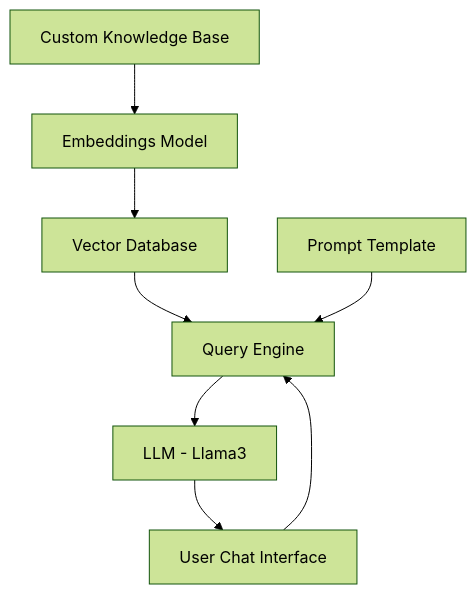
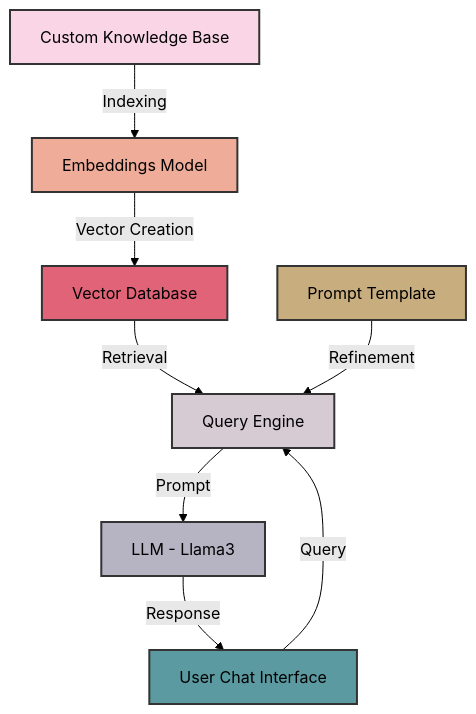
One commit to naimkatiman/RAG-using-Llama-3.1-WebUi-on-Streamlit changed the diagram in README.md. Above: the diagram before and after it, drawn with Mermaid (forest theme). The commit also changed other lines of this file, not shown here.

````diff
--- a/README.md
+++ b/README.md
@@ -7,10 +28,17 @@
 ```mermaid
 graph TD
-    A[Custom Knowledge Base] --> B[Embeddings Model]
-    B --> C[Vector Database]
-    D[User Chat Interface] --> E[Query Engine]
-    C --> E
-    E --> F[LLM - Llama3]
-    F --> D
-    G[Prompt Template] --> E
+    A[Custom Knowledge Base] -->|Indexing| B[Embeddings Model]
+    B -->|Vector Creation| C[Vector Database]
+    D[User Chat Interface] -->|Query| E[Query Engine]
+    C -->|Retrieval| E
+    E -->|Prompt| F[LLM - Llama3]
+    F -->|Response| D
+    G[Prompt Template] -->|Refinement| E
+    style A fill:#f9d5e5,stroke:#333,stroke-width:2px
+    style B fill:#eeac99,stroke:#333,stroke-width:2px
+    style C fill:#e06377,stroke:#333,stroke-width:2px
+    style D fill:#5b9aa0,stroke:#333,stroke-width:2px
+    style E fill:#d6cbd3,stroke:#333,stroke-width:2px
+    style F fill:#b6b4c2,stroke:#333,stroke-width:2px
+    style G fill:#c8ad7f,stroke:#333,stroke-width:2px
 ```
````
